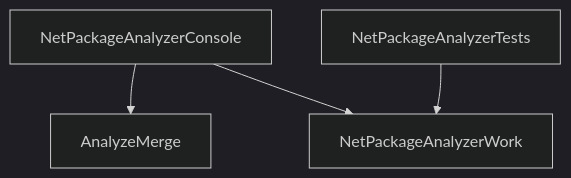
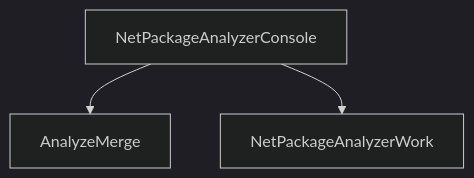
Before and after one commit to ignatandrei/PackageAnalyzer: the second of 2 diagrams in src/documentation/docs/Analysis/NetPackageAnalyzer/ProjectRelation.md, drawn with Mermaid (dark theme). The commit also changed other lines of this file and 38 other files, not shown here.

````diff
--- a/src/documentation/docs/Analysis/NetPackageAnalyzer/ProjectRelation.md
+++ b/src/documentation/docs/Analysis/NetPackageAnalyzer/ProjectRelation.md
@@ -152,31 +23,24 @@
 ```mermaid
 graph TB
 
 
 
 
 %% start project reference AnalyzeMerge/AnalyzeMerge.csproj
 
 
 
 %% start project reference NetPackageAnalyzerConsole/NetPackageAnalyzerConsole.csproj
 
 
 NetPackageAnalyzerConsole-->AnalyzeMerge
 
 
 NetPackageAnalyzerConsole-->NetPackageAnalyzerWork
 
 
 
-%% start project reference NetPackageAnalyzerTests/NetPackageAnalyzerTests.csproj
-
-
-NetPackageAnalyzerTests-->NetPackageAnalyzerWork
-
-
-
 %% start project reference NetPackageAnalyzerWork/NetPackageAnalyzerWork.csproj
 
 
 ```
````
